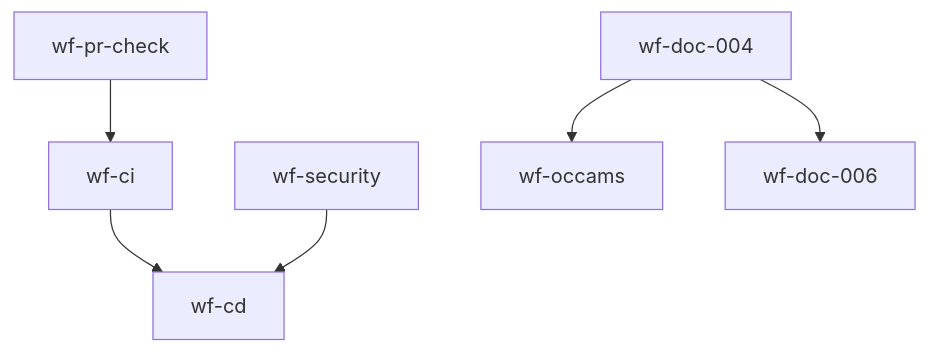
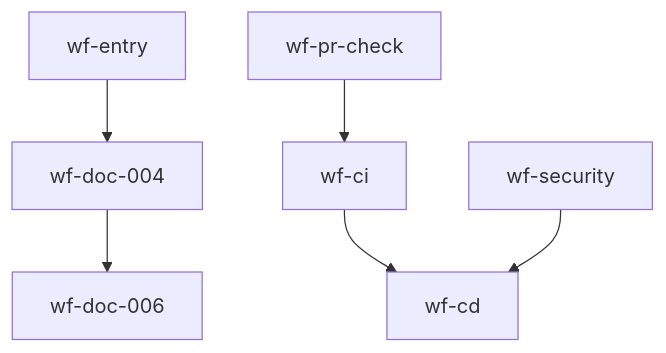
Before and after one commit to Oseas031/axis-cli: the diagram in workflows/README.md, drawn with Mermaid. The commit also changed other lines of this file and 3 other files, not shown here.

````diff
--- a/workflows/README.md
+++ b/workflows/README.md
@@ -77,8 +53,8 @@
 ```mermaid
 graph TD
+    wf-entry --> wf-doc-004
+    wf-pr-check --> wf-ci
     wf-ci --> wf-cd
     wf-security --> wf-cd
-    wf-doc-004 --> wf-occams
     wf-doc-004 --> wf-doc-006
-    wf-pr-check --> wf-ci
 ```
````
